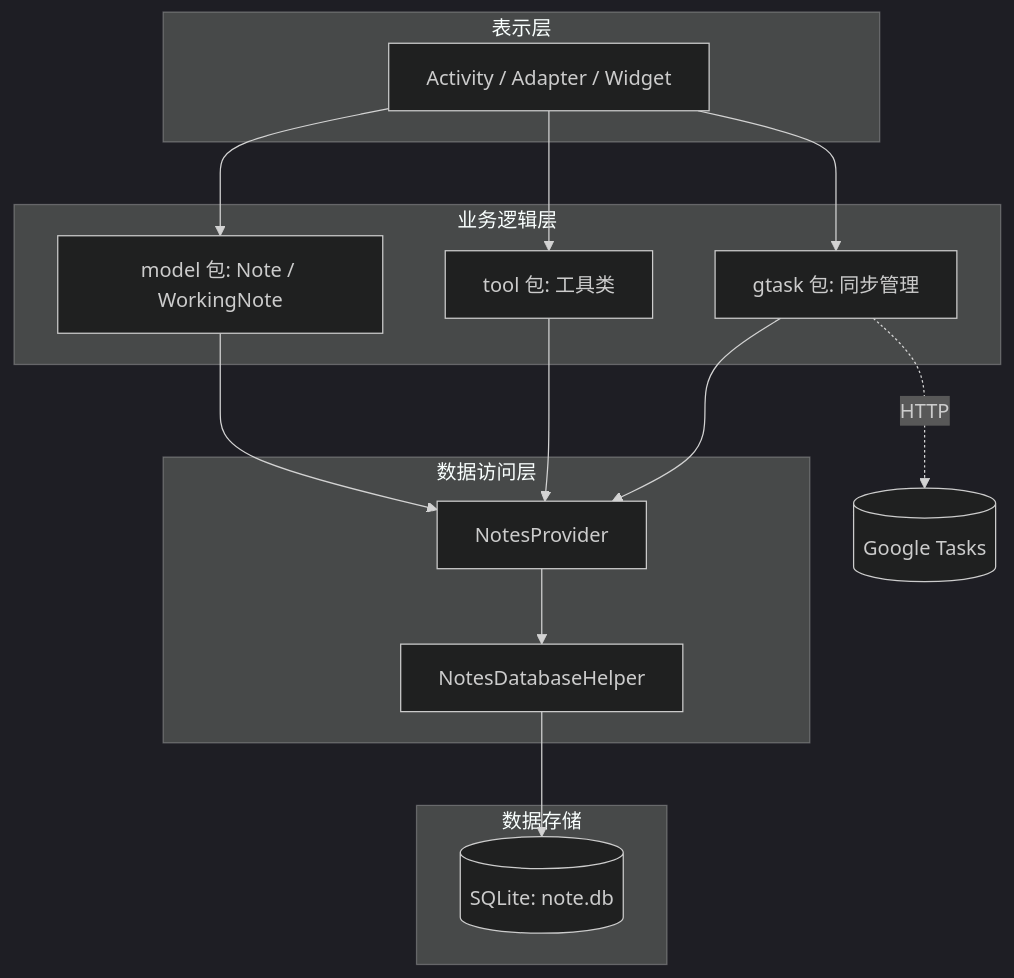
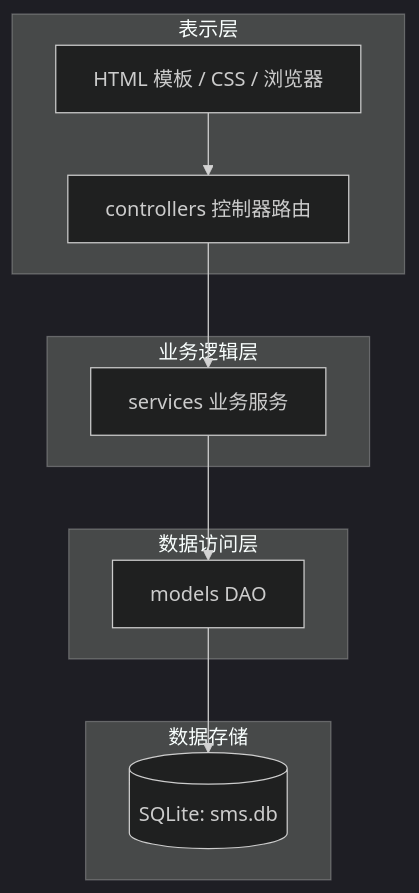
One commit to otreeevol/project changed the first of 4 diagrams in docs/03-软件总体设计方案.md. Above: the diagram before and after it, drawn with Mermaid (dark theme). The commit also changed other lines of this file and 221 other files, not shown here.

````diff
--- a/docs/03-软件总体设计方案.md
+++ b/docs/03-软件总体设计方案.md
@@ -16,28 +16,21 @@
 ```mermaid
 graph TD
     subgraph 表示层
-        UI[Activity / Adapter / Widget]
+        WEB[HTML 模板 / CSS / 浏览器]
+        CTRL[controllers 控制器路由]
     end
     subgraph 业务逻辑层
-        MODEL[model 包: Note / WorkingNote]
-        TOOL[tool 包: 工具类]
-        GTASK[gtask 包: 同步管理]
+        SVC[services 业务服务]
     end
     subgraph 数据访问层
-        PROVIDER[NotesProvider]
-        DBH[NotesDatabaseHelper]
+        DAO[models DAO]
     end
     subgraph 数据存储
-        SQLITE[(SQLite: note.db)]
+        SQLITE[(SQLite: sms.db)]
     end
 
-    UI --> MODEL
-    UI --> TOOL
-    UI --> GTASK
-    MODEL --> PROVIDER
-    TOOL --> PROVIDER
-    GTASK --> PROVIDER
-    PROVIDER --> DBH
-    DBH --> SQLITE
-    GTASK -.->|HTTP| GOOGLE[(Google Tasks)]
+    WEB --> CTRL
+    CTRL --> SVC
+    SVC --> DAO
+    DAO --> SQLITE
 ```
````
